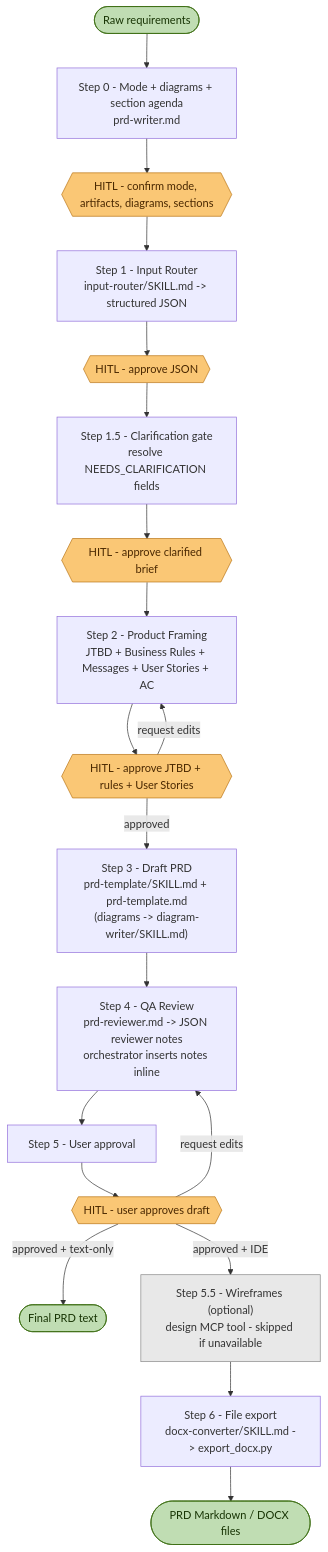
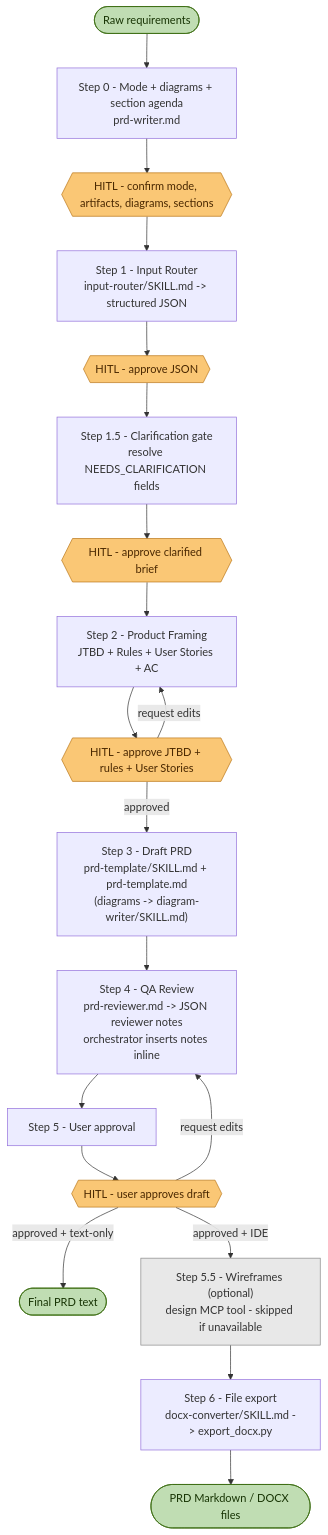
One commit to Tuon-Tun/PRD_Vexere changed the diagram in README.md. Above: the diagram before and after it, drawn with Mermaid. The commit also changed other lines of this file and 18 other files, not shown here.

````diff
--- a/README.md
+++ b/README.md
@@ -125,50 +120,50 @@
 ```mermaid
 flowchart TD
     A([Raw requirements]) --> S0
 
     S0["Step 0 - Mode + diagrams + section agenda\nprd-writer.md"]
     S0 --> H0{{"HITL - confirm mode, artifacts, diagrams, sections"}}
     H0 --> S1
 
     S1["Step 1 - Input Router\ninput-router/SKILL.md -> structured JSON"]
     S1 --> H1{{"HITL - approve JSON"}}
     H1 --> S15
 
     S15["Step 1.5 - Clarification gate\nresolve NEEDS_CLARIFICATION fields"]
     S15 --> H15{{"HITL - approve clarified brief"}}
     H15 --> S2
 
-    S2["Step 2 - Product Framing\nJTBD + Business Rules + Messages + User Stories + AC"]
+    S2["Step 2 - Product Framing\nJTBD + Rules + User Stories + AC"]
     S2 --> H2{{"HITL - approve JTBD + rules + User Stories"}}
     H2 -->|"request edits"| S2
     H2 -->|"approved"| S3
 
     S3["Step 3 - Draft PRD\nprd-template/SKILL.md + prd-template.md\n(diagrams -> diagram-writer/SKILL.md)"]
     S3 --> S4
 
     S4["Step 4 - QA Review\nprd-reviewer.md -> JSON reviewer notes\norchestrator inserts notes inline"]
     S4 --> S5
 
     S5["Step 5 - User approval"]
     S5 --> H5
     H5{{"HITL - user approves draft"}}
     H5 -->|"request edits"| S4
     H5 -->|"approved + text-only"| ZT([Final PRD text])
     H5 -->|"approved + IDE"| S55
 
     S55["Step 5.5 - Wireframes (optional)\ndesign MCP tool - skipped if unavailable"]
     S55 --> S6
 
     S6["Step 6 - File export\ndocx-converter/SKILL.md -> export_docx.py"]
     S6 --> ZF([PRD Markdown / DOCX files])
 
     style H0 fill:#FAC775,stroke:#BA7517,color:#4A2800
     style H1 fill:#FAC775,stroke:#BA7517,color:#4A2800
     style H15 fill:#FAC775,stroke:#BA7517,color:#4A2800
     style H2 fill:#FAC775,stroke:#BA7517,color:#4A2800
     style H5 fill:#FAC775,stroke:#BA7517,color:#4A2800
     style S55 fill:#E8E8E8,stroke:#888,color:#333
     style A fill:#C0DDB3,stroke:#3B6D11,color:#173404
     style ZT fill:#C0DDB3,stroke:#3B6D11,color:#173404
     style ZF fill:#C0DDB3,stroke:#3B6D11,color:#173404
 ```
````
